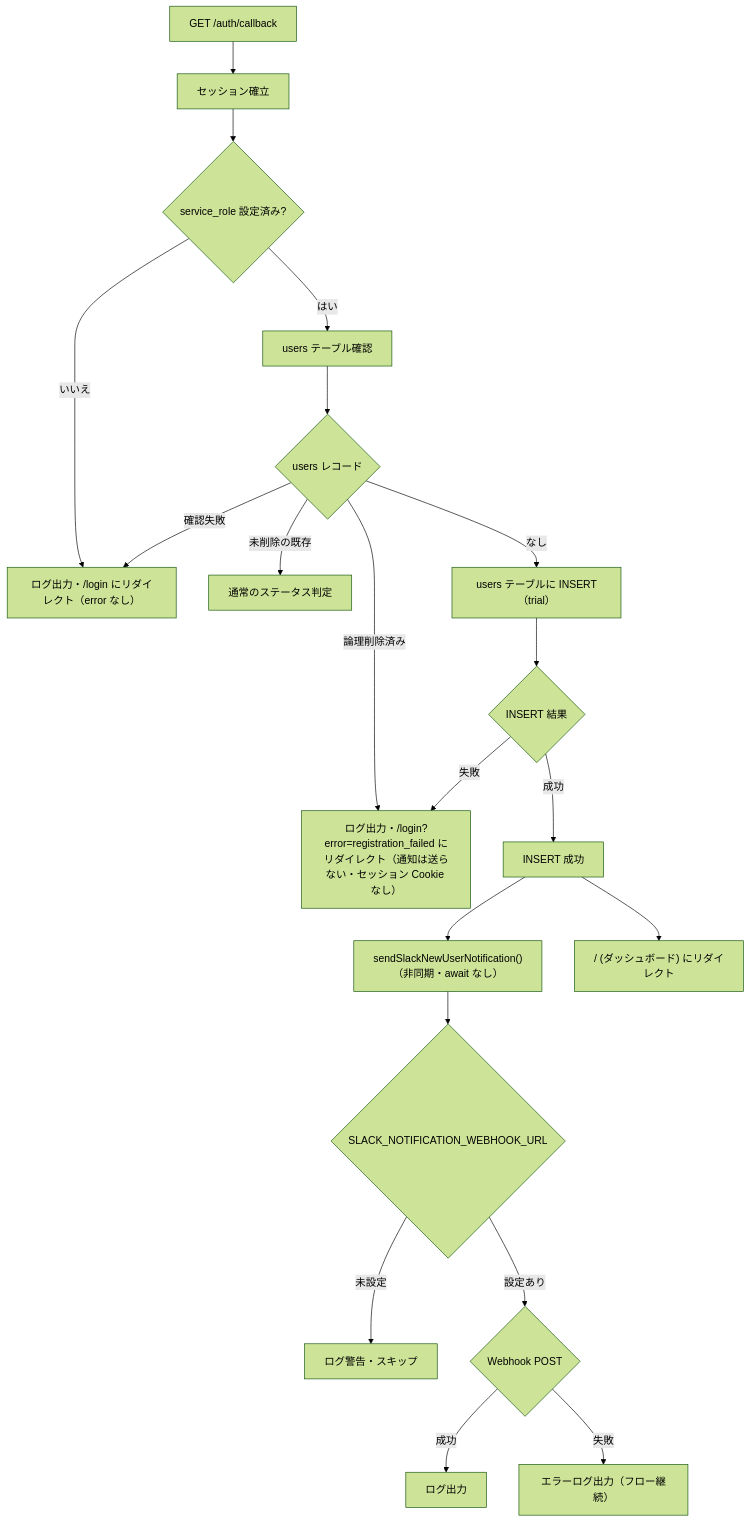
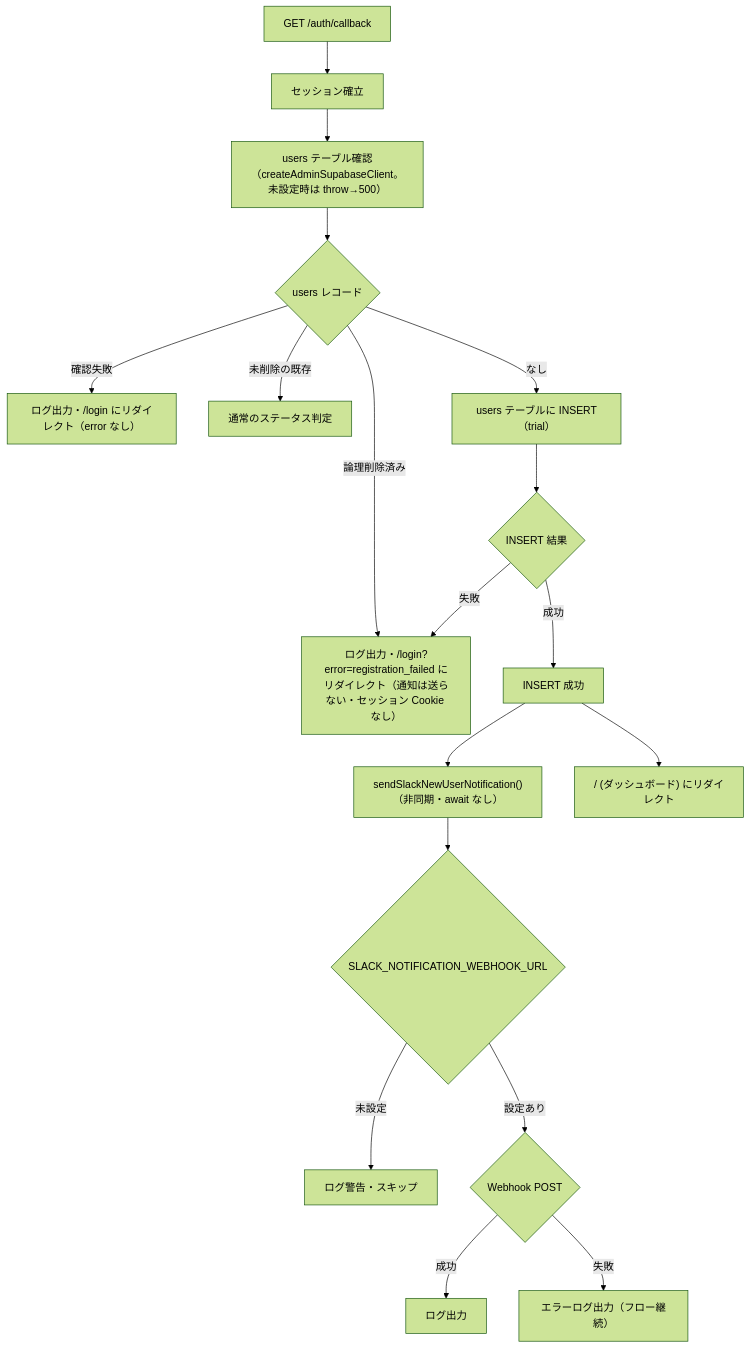
The sixth of 7 diagrams in docs/specification.md (Singuralitylabs/sinlab-study), drawn with Mermaid (forest theme) before and after one commit. The commit also changed other lines of this file and 12 other files, not shown here.

First line of the commit message:
Merge pull request #220 from Singuralitylabs/refactor/admin-supabase-no-fallback-408c

````diff
--- a/docs/specification.md
+++ b/docs/specification.md
@@ -1009,22 +1010,20 @@
 ```mermaid
 flowchart TD
     A["GET /auth/callback"] --> B["セッション確立"]
-    B --> K{service_role 設定済み?}
-    K -->|いいえ| L["ログ出力・/login にリダイレクト（error なし）"]
-    K -->|はい| B2["users テーブル確認"]
+    B --> B2["users テーブル確認<br/>（createAdminSupabaseClient。未設定時は throw→500）"]
     B2 --> C{users レコード}
-    C -->|確認失敗| L
+    C -->|確認失敗| L["ログ出力・/login にリダイレクト（error なし）"]
     C -->|未削除の既存| Z[通常のステータス判定]
     C -->|論理削除済み| Q["ログ出力・/login?error=registration_failed にリダイレクト（通知は送らない・セッション Cookie なし）"]
     C -->|なし| D["users テーブルに INSERT（trial）"]
     D --> E{INSERT 結果}
     E -->|成功| S[INSERT 成功]
     S --> F["sendSlackNewUserNotification()<br/>（非同期・await なし）"]
     S --> P["/ (ダッシュボード) にリダイレクト"]
     F --> G1{SLACK_NOTIFICATION_WEBHOOK_URL}
     G1 -->|未設定| H1[ログ警告・スキップ]
     G1 -->|設定あり| H2{Webhook POST}
     H2 -->|成功| I1[ログ出力]
     H2 -->|失敗| I2["エラーログ出力（フロー継続）"]
     E -->|失敗| Q
 ```
````
